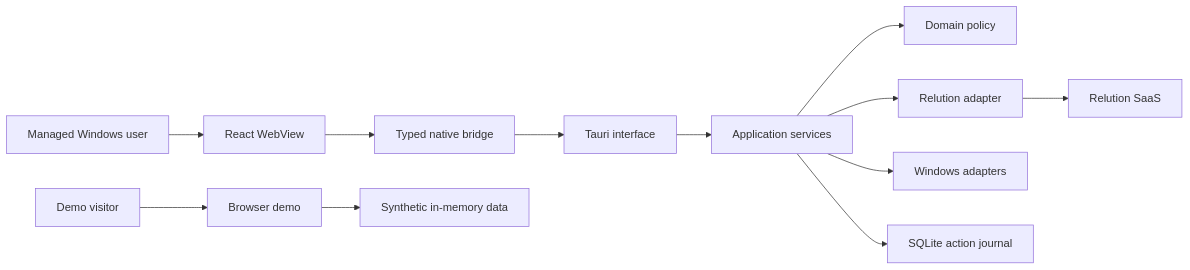
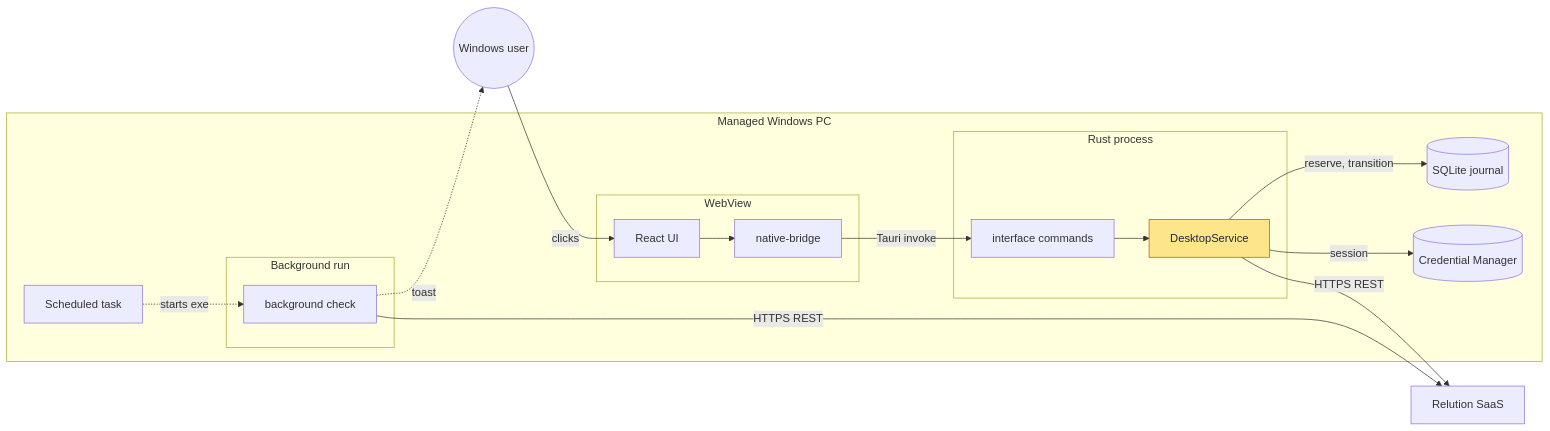
The first of 6 diagrams in docs/ARCHITECTURE.md (sebastianspicker/appport), drawn with Mermaid before and after one commit. The commit also changed other lines of this file and 1 other file, not shown here.

First line of the commit message:
Add code-backed architecture diagrams

````diff
--- a/docs/ARCHITECTURE.md
+++ b/docs/ARCHITECTURE.md
@@ -13,15 +15,33 @@
 ```mermaid
 flowchart LR
-    User[Managed Windows user] --> WebView[React WebView]
-    WebView --> Bridge[Typed native bridge]
-    Bridge --> Interface[Tauri interface]
-    Interface --> Services[Application services]
-    Services --> Policy[Domain policy]
-    Services --> Relution[Relution adapter]
-    Services --> Windows[Windows adapters]
-    Services --> Journal[SQLite action journal]
-    Relution --> SaaS[Relution SaaS]
-
-    Visitor[Demo visitor] --> Demo[Browser demo]
-    Demo --> Fixtures[Synthetic in-memory data]
+    user((Windows user))
+    subgraph pc [Managed Windows PC]
+        subgraph webview [WebView]
+            ui[React UI]
+            bridge[native-bridge]
+        end
+        subgraph rust [Rust process]
+            cmds[interface commands]
+            desktop[DesktopService]
+        end
+        subgraph bgproc [Background run]
+            bg[background check]
+        end
+        journal[(SQLite journal)]
+        cred[(Credential Manager)]
+        task[Scheduled task]
+    end
+    relution[Relution SaaS]
+    user -->|clicks| ui
+    ui --> bridge
+    bridge -->|"Tauri invoke"| cmds
+    cmds --> desktop
+    desktop -->|"HTTPS REST"| relution
+    desktop -->|reserve, transition| journal
+    desktop -->|session| cred
+    task -.->|"starts exe"| bg
+    bg -->|"HTTPS REST"| relution
+    bg -.->|toast| user
+    classDef focus fill:#fde68a,stroke:#b45309,color:#1f2937
+    class desktop focus
 ```
````
